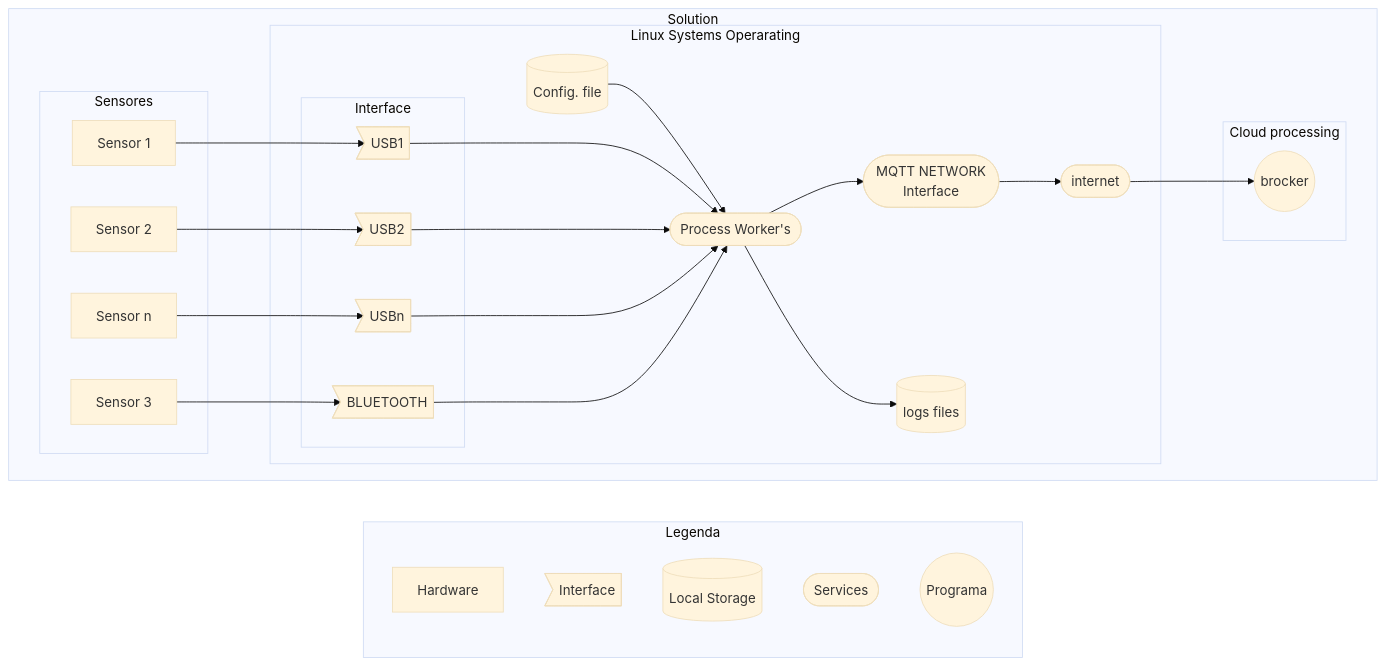
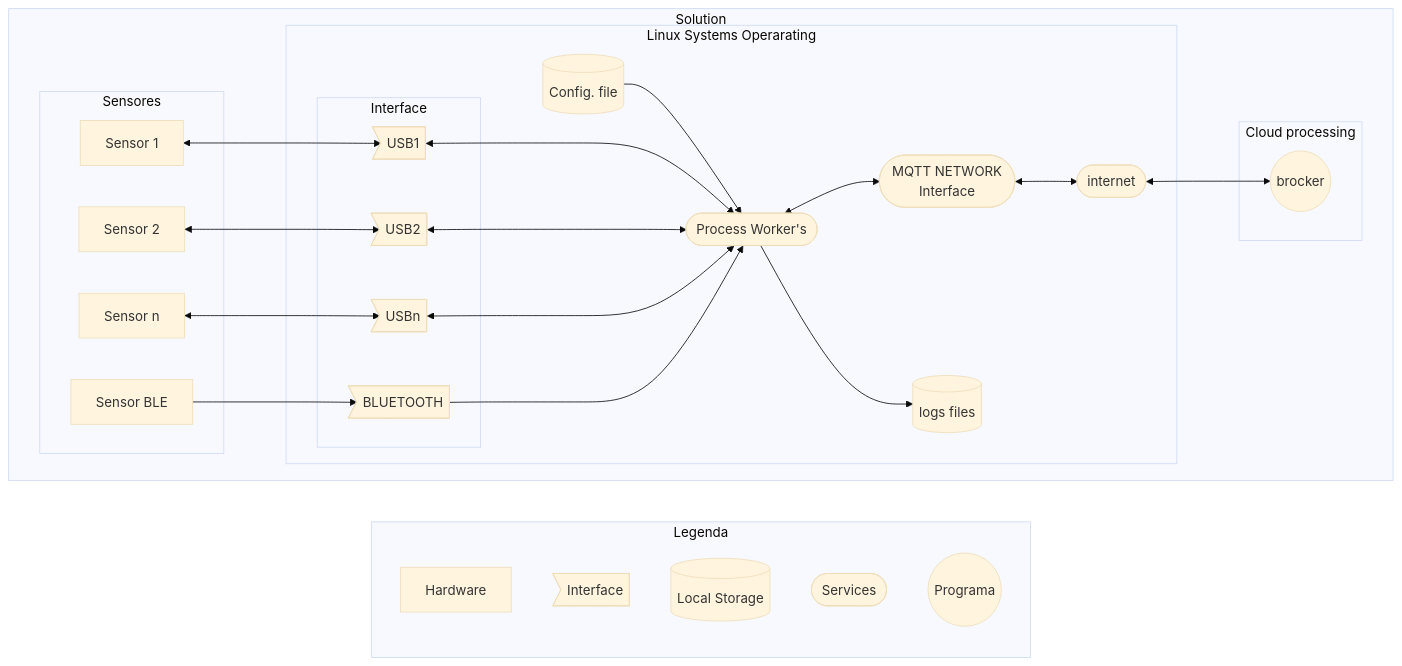
One commit to felipengeletrica/EdgeGateway changed the diagram in diagram/diagram.mmd. Above: the diagram before and after it, drawn with Mermaid (base theme).

Commit message:
Add bidirectional communications

```diff
--- a/diagram/diagram.mmd
+++ b/diagram/diagram.mmd
@@ -1,43 +1,44 @@
 graph LR
     subgraph Legenda
         hardware[Hardware]
         interface>Interface]
         file[(Local Storage)]
         services([Services])
         program((Programa))
     end
 
     subgraph Solution
         direction LR
 
         subgraph Linux Systems Operarating
-            datalogger([Process Worker's])-->server
+            datalogger([Process Worker's])<-->server
             datalogger([Process Worker's])--> files[(logs files)]
             ConfigFile[(Config. file)] --> datalogger([Process Worker's])
-            server([MQTT NETWORK \n Interface])-->internet
+            server([MQTT NETWORK \n Interface])<-->internet
             internet([internet])
 
             subgraph Interface
                 USB1
                 USB2
                 USBn
                 BLUETOOTH
             end
-            USB1>USB1] ---> datalogger
-            USB2>USB2] ---> datalogger
-            USBn>USBn] ---> datalogger
+            USB1>USB1] <---> datalogger
+            USB2>USB2] <---> datalogger
+            USBn>USBn] <---> datalogger
             BLUETOOTH>BLUETOOTH] --> datalogger
         end
 
         subgraph Sensores
-            s1[Sensor 1] --> USB1
-            s2[Sensor 2] --> USB2
-            s3[Sensor 3] --> BLUETOOTH
-            s4[Sensor n] --> USBn
+            s1[Sensor 1] <--> USB1
+            s2[Sensor 2] <--> USB2
+            s4[Sensor n] <--> USBn
+            s3[Sensor BLE] --> BLUETOOTH
+            
         end
 
-        internet --> brocker
+        internet <--> brocker
         subgraph Cloud processing 
             brocker((brocker))
         end
     end
```
